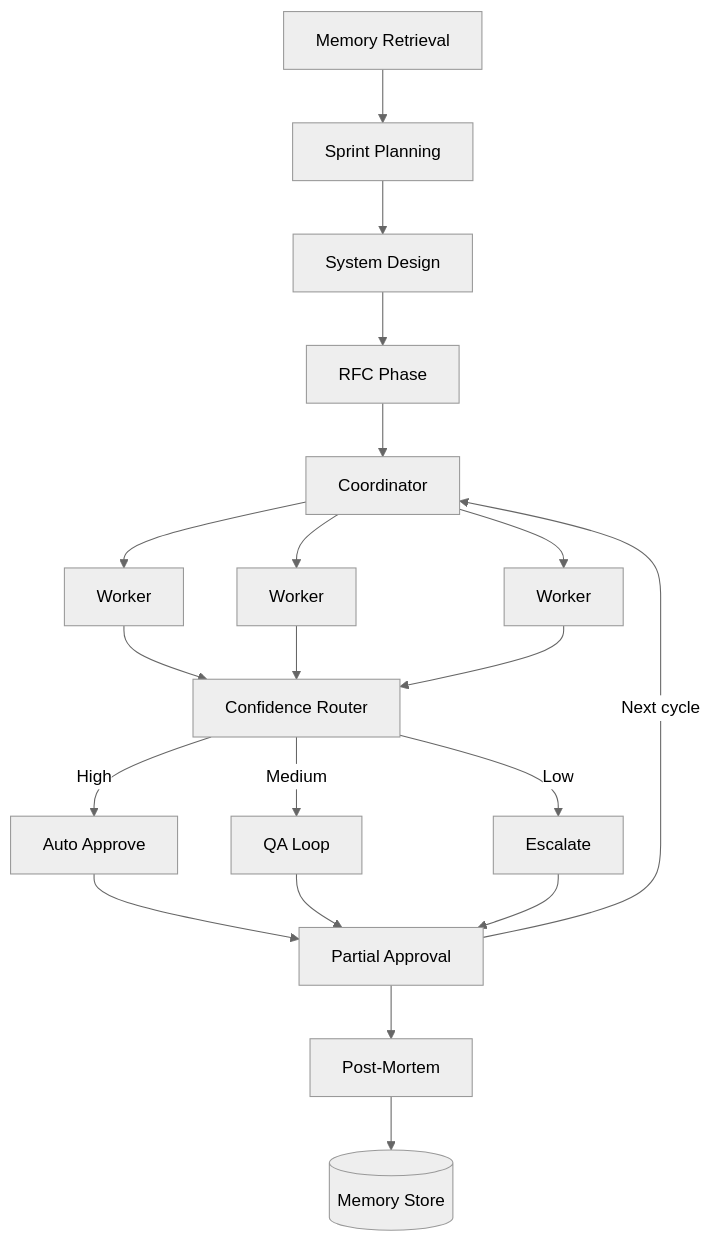
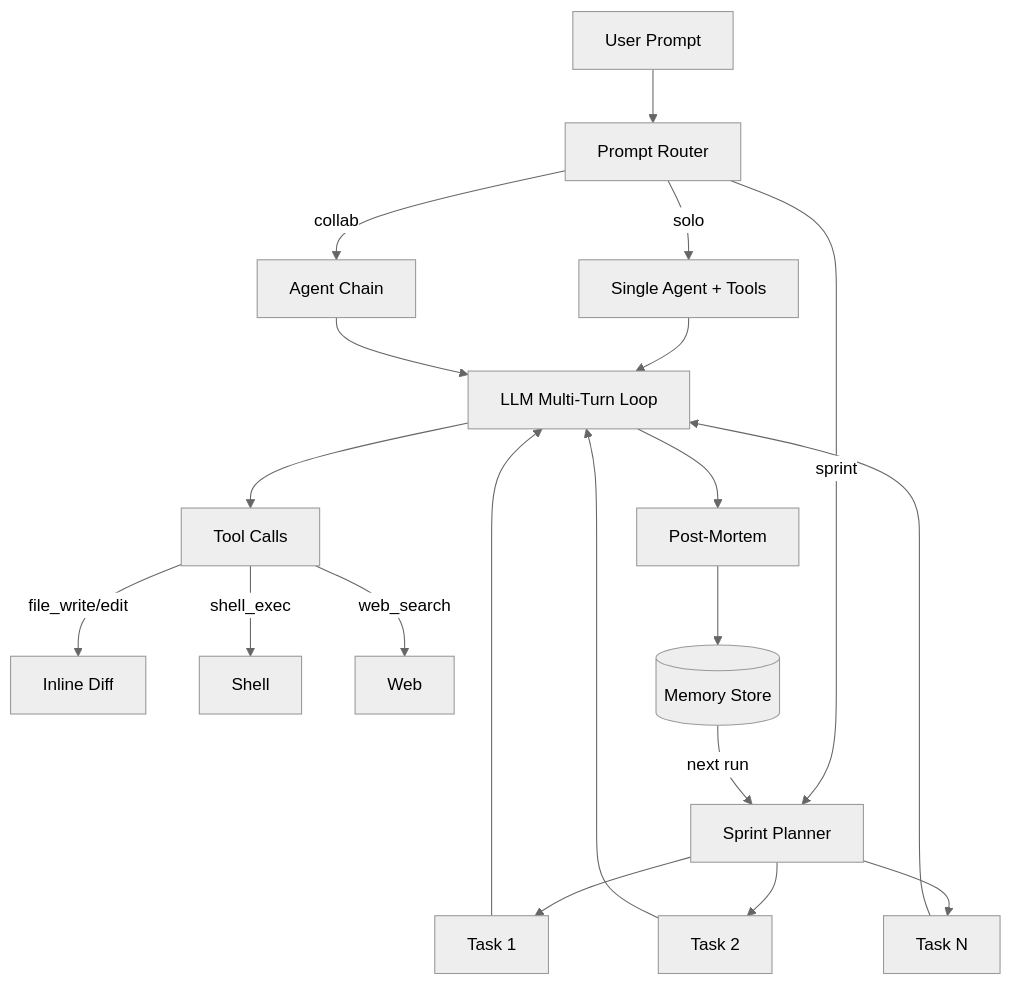
Before and after one commit to codepawl/openpawl: the diagram in README.md, drawn with Mermaid (neutral theme). The commit also changed other lines of this file and 181 other files, not shown here.

````diff
--- a/README.md
+++ b/README.md
@@ -155,27 +225,28 @@
 ```mermaid
 graph TD
-    A[Memory Retrieval] --> B[Sprint Planning]
-    B --> C[System Design]
-    C --> D[RFC Phase]
-    D --> E[Coordinator]
+    U[User Prompt] --> R[Prompt Router]
 
-    E --> W1[Worker]
-    E --> W2[Worker]
-    E --> W3[Worker]
+    R -->|solo| A1[Single Agent + Tools]
+    R -->|collab| CC[Agent Chain]
+    R -->|sprint| SP[Sprint Planner]
 
-    W1 --> CR[Confidence Router]
-    W2 --> CR
-    W3 --> CR
+    A1 --> LLM[LLM Multi-Turn Loop]
+    CC --> LLM
 
-    CR -->|High| AA[Auto Approve]
-    CR -->|Medium| QA[QA Loop]
-    CR -->|Low| ESC[Escalate]
+    SP --> T1[Task 1]
+    SP --> T2[Task 2]
+    SP --> T3[Task N]
 
-    AA --> PA[Partial Approval]
-    QA --> PA
-    ESC --> PA
+    T1 --> LLM
+    T2 --> LLM
+    T3 --> LLM
 
-    PA --> PM[Post-Mortem]
+    LLM --> TC[Tool Calls]
+    TC -->|file_write/edit| DIFF[Inline Diff]
+    TC -->|shell_exec| SH[Shell]
+    TC -->|web_search| WS[Web]
+
+    LLM --> PM[Post-Mortem]
     PM --> MS[(Memory Store)]
-    PA -->|Next cycle| E
+    MS -->|next run| SP
 ```
````
